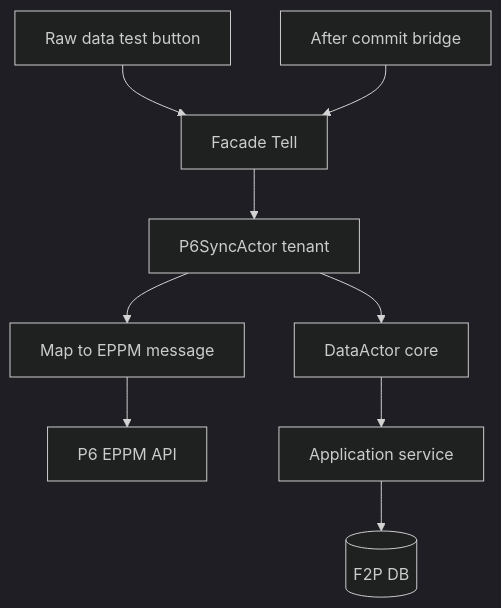
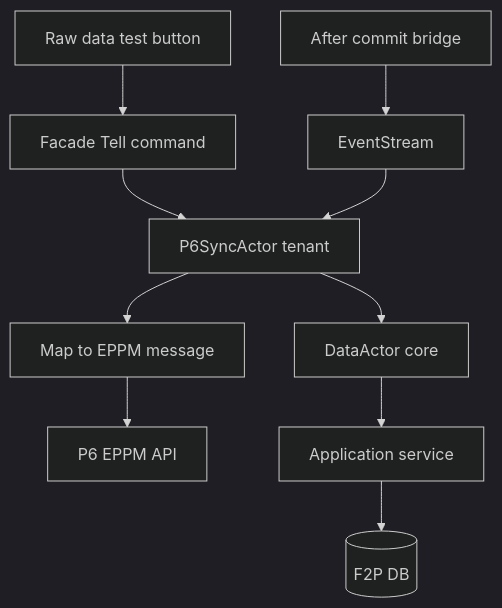
Before and after one commit to robbertF2P/Sandbox: the third of 4 diagrams in docs/floor2plan-akka-actor-integration-design.md, drawn with Mermaid (dark theme). The commit also changed other lines of this file, not shown here.

Commit message:
Clarify EventStream for domain events, Tell for commands only

````diff
--- a/docs/floor2plan-akka-actor-integration-design.md
+++ b/docs/floor2plan-akka-actor-integration-design.md
@@ -146,11 +157,12 @@
 ```mermaid
 flowchart TB
-  BTN["Raw data test button"] --> FACADE["Facade Tell"]
+  BTN["Raw data test button"] --> FACADE["Facade Tell command"]
   FACADE --> P6["P6SyncActor tenant"]
-  COMMIT["After commit bridge"] --> FACADE
+  COMMIT["After commit bridge"] --> BUS["EventStream"]
+  BUS --> P6
   P6 --> MAP["Map to EPPM message"]
   MAP --> P6API["P6 EPPM API"]
   P6 --> DATA["DataActor core"]
   DATA --> SVC["Application service"]
   SVC --> DB[("F2P DB")]
 ```
````
